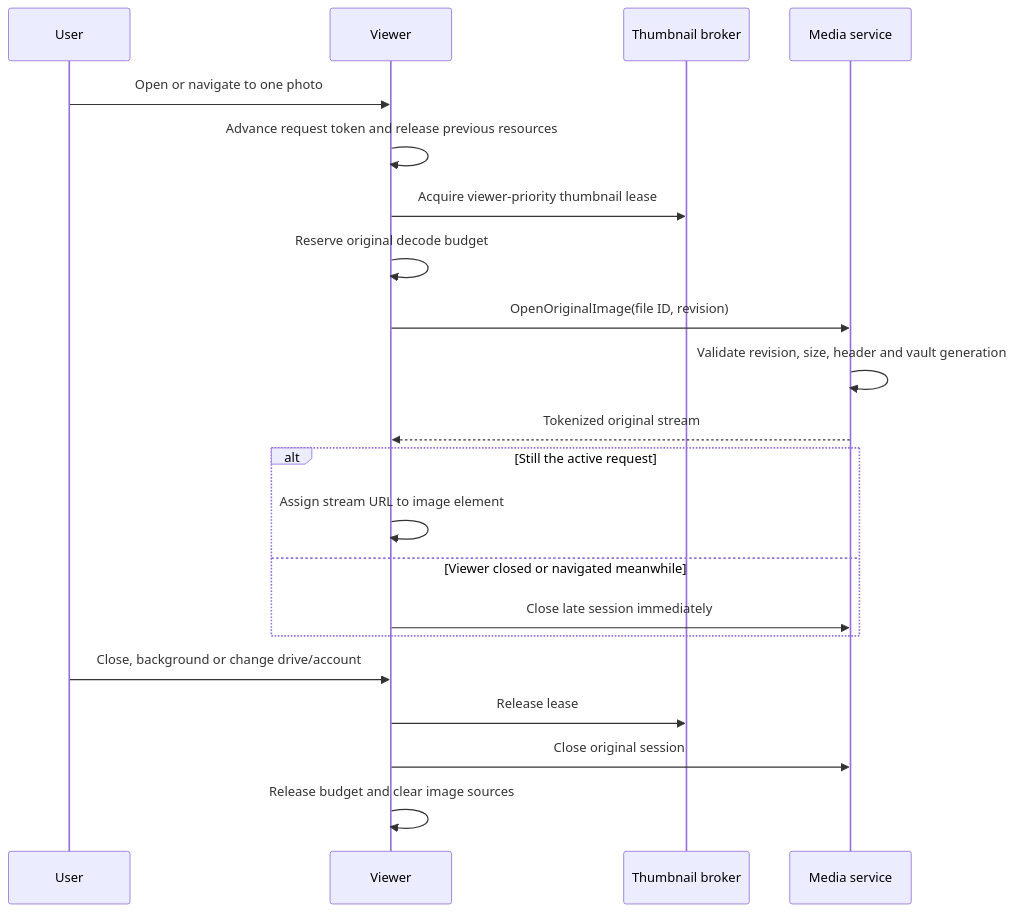
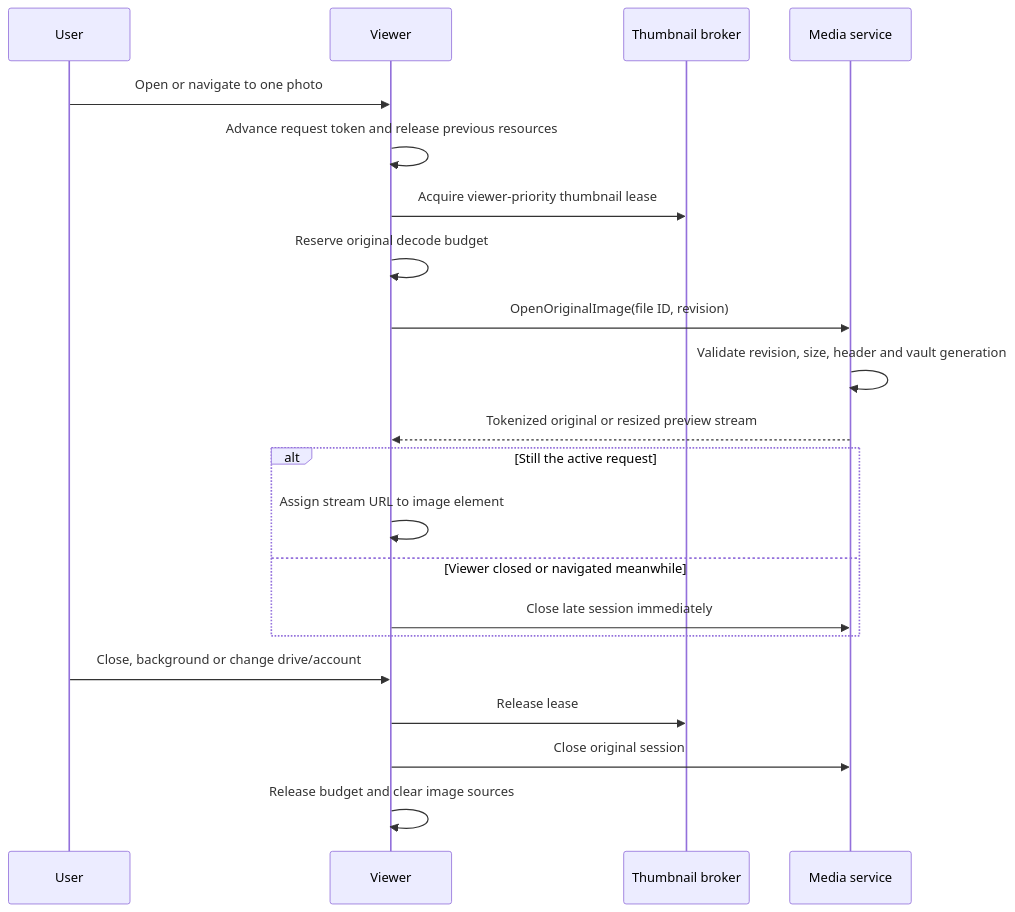
Before and after one commit to ndgthuan/tdrive: the sixth of 6 diagrams in frontend/src/ui/gallery/README.md, drawn with Mermaid. The commit also changed other lines of this file and 20 other files, not shown here.

````diff
--- a/frontend/src/ui/gallery/README.md
+++ b/frontend/src/ui/gallery/README.md
@@ -315,23 +316,23 @@
 ```mermaid
 sequenceDiagram
     participant User
     participant Viewer
     participant Broker as Thumbnail broker
     participant Media as Media service
     User->>Viewer: Open or navigate to one photo
     Viewer->>Viewer: Advance request token and release previous resources
     Viewer->>Broker: Acquire viewer-priority thumbnail lease
     Viewer->>Viewer: Reserve original decode budget
     Viewer->>Media: OpenOriginalImage(file ID, revision)
     Media->>Media: Validate revision, size, header and vault generation
-    Media-->>Viewer: Tokenized original stream
+    Media-->>Viewer: Tokenized original or resized preview stream
     alt Still the active request
         Viewer->>Viewer: Assign stream URL to image element
     else Viewer closed or navigated meanwhile
         Viewer->>Media: Close late session immediately
     end
     User->>Viewer: Close, background or change drive/account
     Viewer->>Broker: Release lease
     Viewer->>Media: Close original session
     Viewer->>Viewer: Release budget and clear image sources
 ```
````
